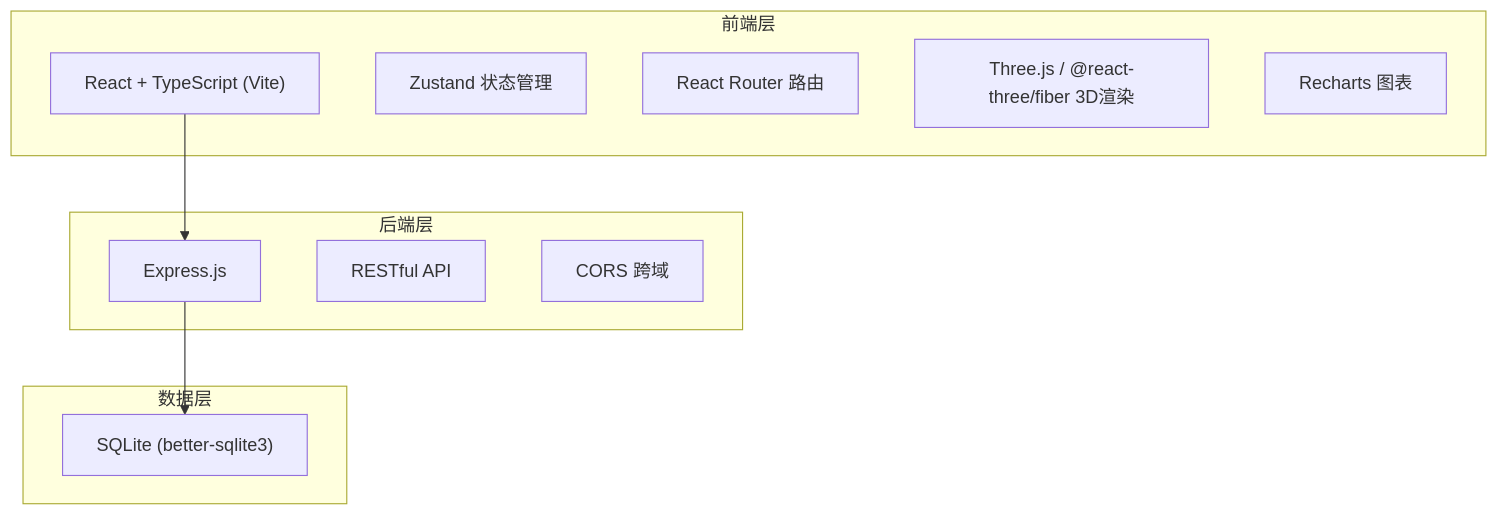
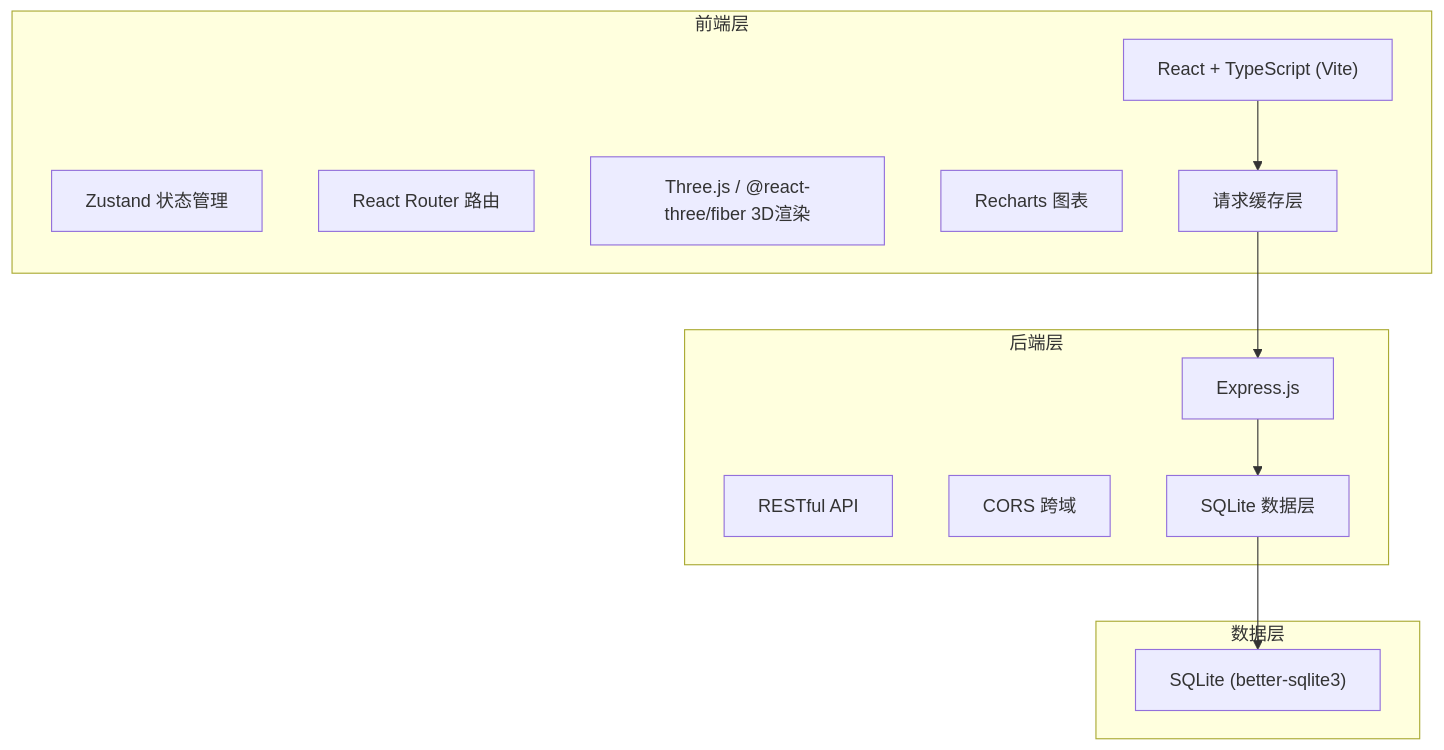
Before and after one commit to LIANG0828906/solo: the first of 3 diagrams in cp4_6.12_auto18/.trae/documents/TechnicalArchitecture.md, drawn with Mermaid. The commit also changed other lines of this file and 7 other files, not shown here.

````diff
--- a/cp4_6.12_auto18/.trae/documents/TechnicalArchitecture.md
+++ b/cp4_6.12_auto18/.trae/documents/TechnicalArchitecture.md
@@ -3,20 +3,24 @@
 ```mermaid
 graph TD
     subgraph "前端层"
         A["React + TypeScript (Vite)"]
         B["Zustand 状态管理"]
         C["React Router 路由"]
         D["Three.js / @react-three/fiber 3D渲染"]
         E["Recharts 图表"]
+        F["请求缓存层"]
     end
     subgraph "后端层"
-        F["Express.js"]
-        G["RESTful API"]
-        H["CORS 跨域"]
+        G["Express.js"]
+        H["RESTful API"]
+        I["CORS 跨域"]
+        J["SQLite 数据层"]
     end
     subgraph "数据层"
-        I["SQLite (better-sqlite3)"]
+        K["SQLite (better-sqlite3)"]
     end
     A --> F
-    F --> I
+    F --> G
+    G --> J
+    J --> K
 ```
````
